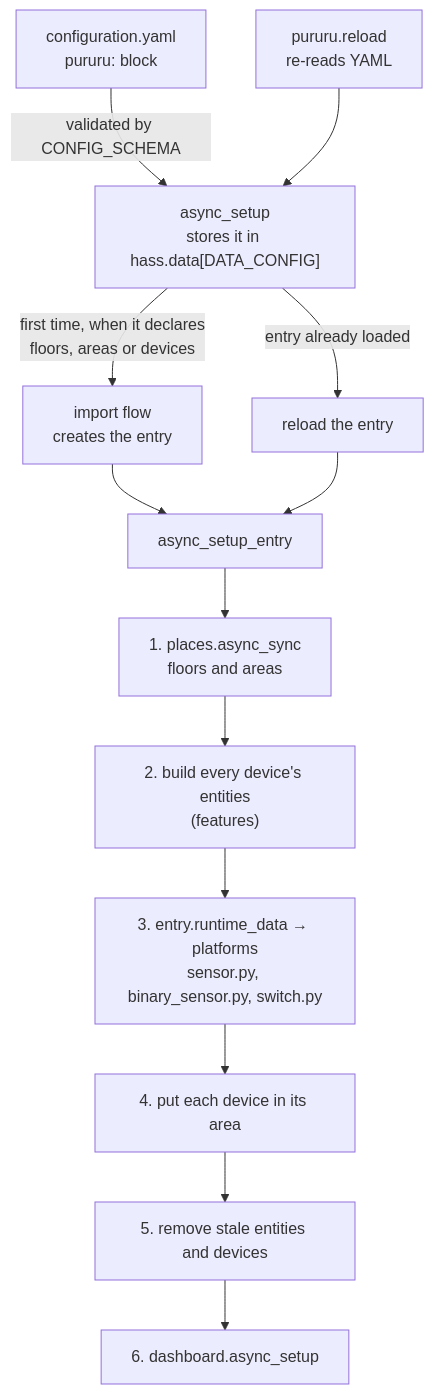
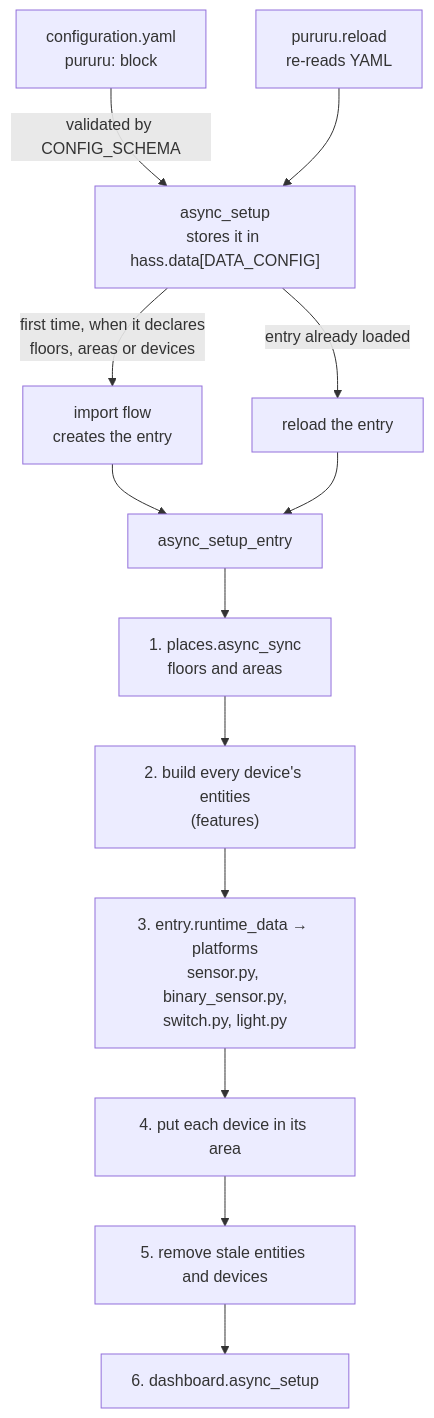
The diagram in docs/develop/architecture.mdx (thatsnotmynameio/pururu-ha), drawn with Mermaid before and after one commit. The commit also changed other lines of this file and 26 other files, not shown here.

````diff
--- a/docs/develop/architecture.mdx
+++ b/docs/develop/architecture.mdx
@@ -10,15 +10,15 @@
 ```mermaid
 flowchart TD
     Y["configuration.yaml<br/>pururu: block"] -->|"validated by CONFIG_SCHEMA"| S["async_setup<br/>stores it in hass.data[DATA_CONFIG]"]
     S -->|"first time, when it declares<br/>floors, areas or devices"| F["import flow<br/>creates the entry"]
     S -->|"entry already loaded"| R["reload the entry"]
     F --> E
     R --> E
     RS["pururu.reload<br/>re-reads YAML"] --> S
     E["async_setup_entry"] --> P1["1. places.async_sync<br/>floors and areas"]
     P1 --> P2["2. build every device's entities<br/>(features)"]
-    P2 --> P3["3. entry.runtime_data → platforms<br/>sensor.py, binary_sensor.py, switch.py"]
+    P2 --> P3["3. entry.runtime_data → platforms<br/>sensor.py, binary_sensor.py,<br/>switch.py, light.py"]
     P3 --> P4["4. put each device in its area"]
     P4 --> P5["5. remove stale entities and devices"]
     P5 --> P6["6. dashboard.async_setup"]
 ```
````
